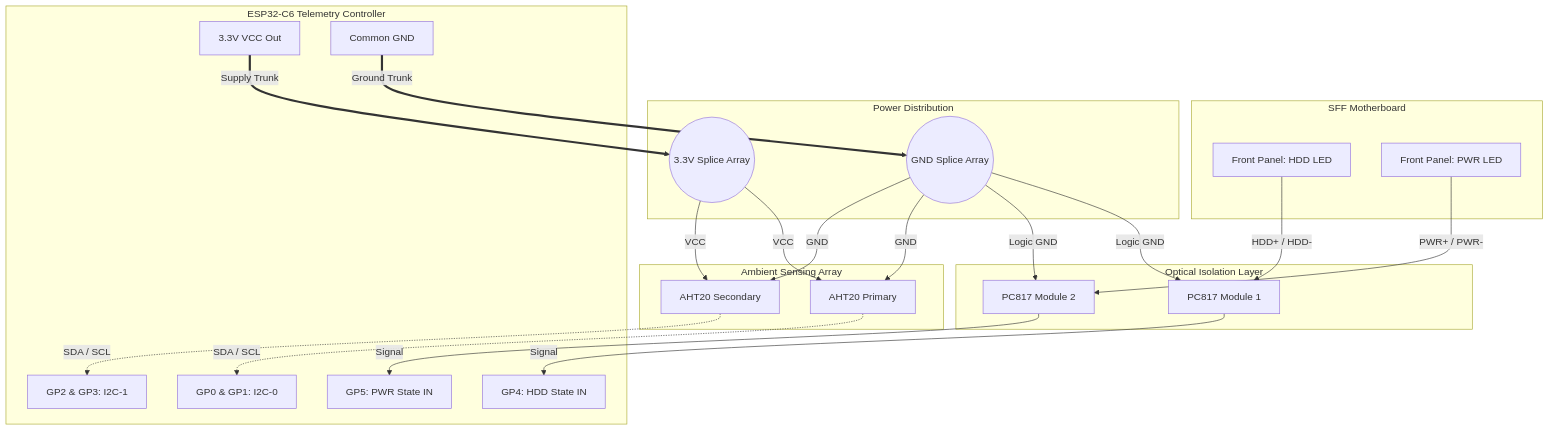
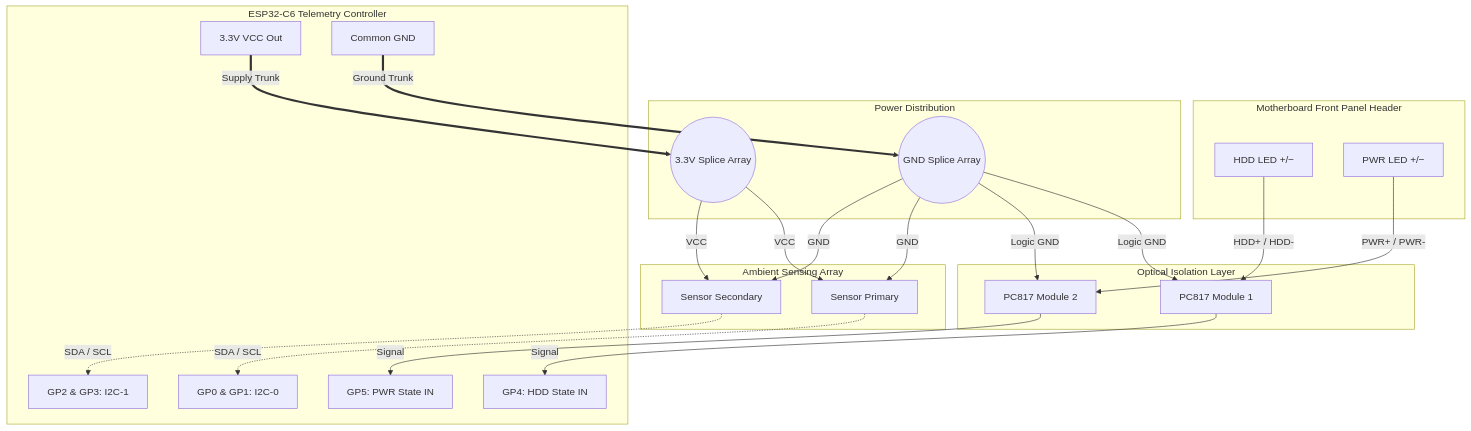
Before and after one commit to aniva/random-stuff: the diagram in sff_case_9L_01/telemetry_display/README.md, drawn with Mermaid. The commit also changed other lines of this file and 1 other file, not shown here.

````diff
--- a/sff_case_9L_01/telemetry_display/README.md
+++ b/sff_case_9L_01/telemetry_display/README.md
@@ -32,55 +61,55 @@
 ```mermaid
 graph TD
-    subgraph SFF Motherboard
-        MB_HDD[Front Panel: HDD LED]
-        MB_PWR[Front Panel: PWR LED]
+    subgraph Motherboard Front Panel Header
+        MB_HDD[HDD LED +/−]
+        MB_PWR[PWR LED +/−]
     end
 
     subgraph Optical Isolation Layer
         OPTO_HDD[PC817 Module 1]
         OPTO_PWR[PC817 Module 2]
     end
 
     subgraph Power Distribution
         V33_SPLICE((3.3V Splice Array))
         GND_SPLICE((GND Splice Array))
     end
 
     subgraph ESP32-C6 Telemetry Controller
         V33[3.3V VCC Out]
         GND[Common GND]
         GPIO4[GP4: HDD State IN]
         GPIO5[GP5: PWR State IN]
         GPIO0_1[GP0 & GP1: I2C-0]
         GPIO2_3[GP2 & GP3: I2C-1]
     end
 
     subgraph Ambient Sensing Array
-        AHT1[AHT20 Primary]
-        AHT2[AHT20 Secondary]
+        AHT1[Sensor Primary]
+        AHT2[Sensor Secondary]
     end
 
     %% High Voltage / Isolated Side
     MB_HDD -->|HDD+ / HDD-| OPTO_HDD
     MB_PWR -->|PWR+ / PWR-| OPTO_PWR
 
     %% Main Power Trunks (ESP32 to Splice Blocks)
     V33 ==>|Supply Trunk| V33_SPLICE
     GND ==>|Ground Trunk| GND_SPLICE
 
     %% 3.3V Distribution
     V33_SPLICE -->|VCC| AHT1
     V33_SPLICE -->|VCC| AHT2
 
     %% GND Distribution (Logic Side)
     GND_SPLICE -->|Logic GND| OPTO_HDD
     GND_SPLICE -->|Logic GND| OPTO_PWR
     GND_SPLICE -->|GND| AHT1
     GND_SPLICE -->|GND| AHT2
 
     %% Signal Routing
     OPTO_HDD -->|Signal| GPIO4
     OPTO_PWR -->|Signal| GPIO5
     AHT1 -.->|SDA / SCL| GPIO0_1
     AHT2 -.->|SDA / SCL| GPIO2_3
 ```
````
